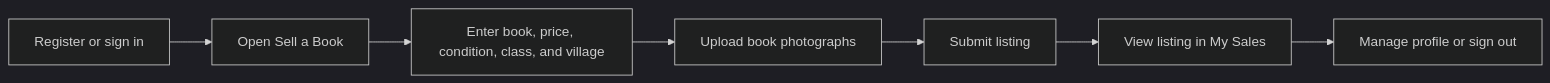
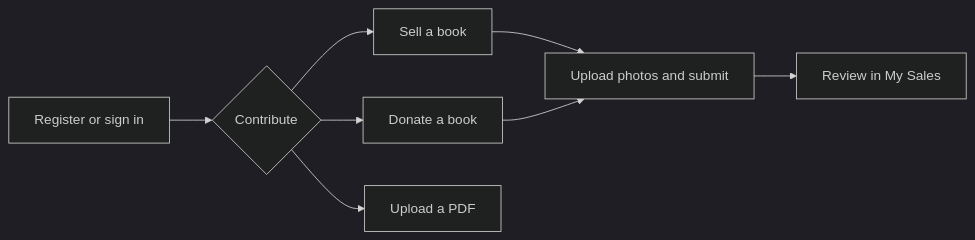
Before and after one commit to dhruvprajapati6/AuraBook: the second of 4 diagrams in README.md, drawn with Mermaid (dark theme). The commit also changed other lines of this file, not shown here.

````diff
--- a/README.md
+++ b/README.md
@@ -140,9 +113,10 @@
 ```mermaid
 flowchart LR
-    A[Register or sign in] --> B[Open Sell a Book]
-    B --> C[Enter book, price, condition, class, and village]
-    C --> D[Upload book photographs]
-    D --> E[Submit listing]
-    E --> F[View listing in My Sales]
-    F --> G[Manage profile or sign out]
+    A[Register or sign in] --> B{Contribute}
+    B --> C[Sell a book]
+    B --> D[Donate a book]
+    B --> E[Upload a PDF]
+    C --> F[Upload photos and submit]
+    D --> F
+    F --> G[Review in My Sales]
 ```
````
